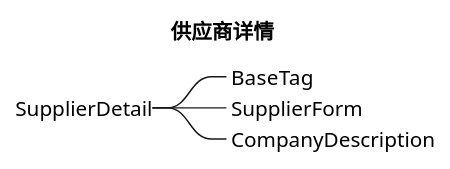
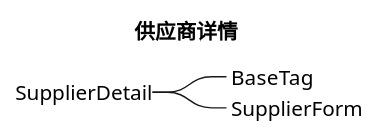
One commit to futurekidult/product changed the third of 5 diagrams in docs/diagram/supplier/supplier.puml. Above: the diagram before and after it, drawn with PlantUML. The commit also changed other lines of this file and 18 other files, not shown here.

```diff
--- a/docs/diagram/supplier/supplier.puml
+++ b/docs/diagram/supplier/supplier.puml
@@ -23,9 +21,8 @@
 @startmindmap
 title 供应商详情
 
 +_ SupplierDetail
 ++_ BaseTag
 ++_ SupplierForm
-++_ CompanyDescription
 
 @endmindmap
```
